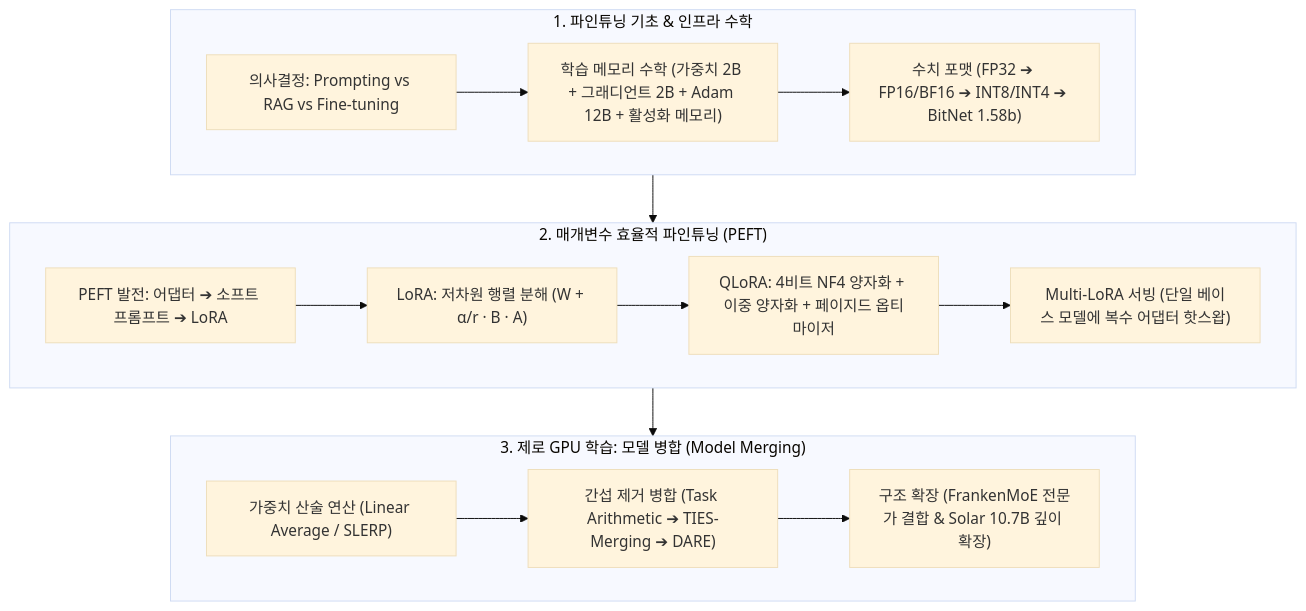
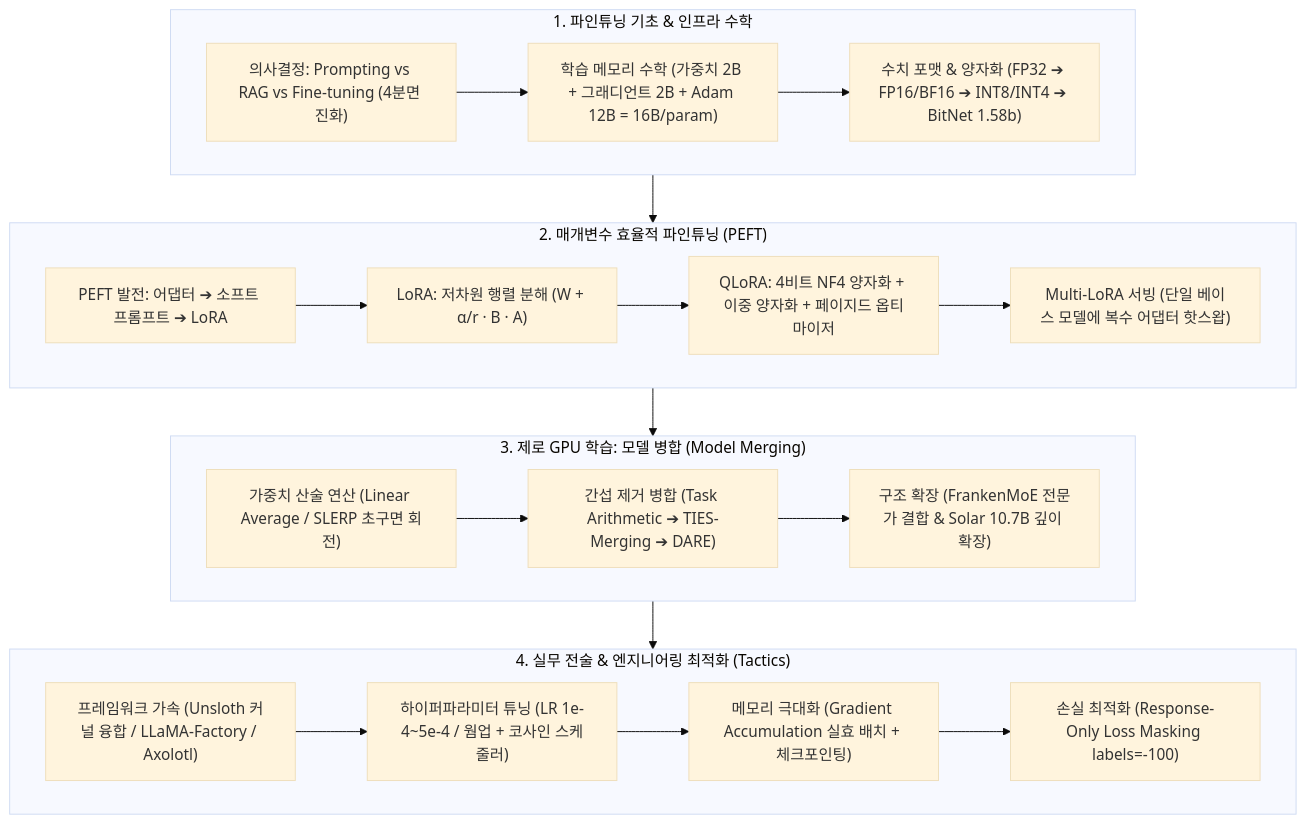
One commit to sing-u8/AI-Engineering changed the diagram in chapter-qa/ch07-fine-tuning-qa/00-ch07-overview.md. Above: the diagram before and after it, drawn with Mermaid (base theme). The commit also changed other lines of this file and 7 other files, not shown here.

````diff
--- a/chapter-qa/ch07-fine-tuning-qa/00-ch07-overview.md
+++ b/chapter-qa/ch07-fine-tuning-qa/00-ch07-overview.md
@@ -30,26 +31,34 @@
 ```mermaid
 flowchart TD
     subgraph PartA["1. 파인튜닝 기초 & 인프라 수학"]
-        Decide["의사결정: Prompting vs RAG vs Fine-tuning"]
-        MemMath["학습 메모리 수학 (가중치 2B + 그래디언트 2B + Adam 12B + 활성화 메모리)"]
-        Quant["수치 포맷 (FP32 ➔ FP16/BF16 ➔ INT8/INT4 ➔ BitNet 1.58b)"]
+        Decide["의사결정: Prompting vs RAG vs Fine-tuning (4분면 진화)"]
+        MemMath["학습 메모리 수학 (가중치 2B + 그래디언트 2B + Adam 12B = 16B/param)"]
+        Quant["수치 포맷 & 양자화 (FP32 ➔ FP16/BF16 ➔ INT8/INT4 ➔ BitNet 1.58b)"]
         Decide --> MemMath --> Quant
     end
 
     subgraph PartB["2. 매개변수 효율적 파인튜닝 (PEFT)"]
         PEFT["PEFT 발전: 어댑터 ➔ 소프트 프롬프트 ➔ LoRA"]
         LoRA["LoRA: 저차원 행렬 분해 (W + α/r · B · A)"]
         QLoRA["QLoRA: 4비트 NF4 양자화 + 이중 양자화 + 페이지드 옵티마이저"]
         Serving["Multi-LoRA 서빙 (단일 베이스 모델에 복수 어댑터 핫스왑)"]
         PEFT --> LoRA --> QLoRA --> Serving
     end
 
     subgraph PartC["3. 제로 GPU 학습: 모델 병합 (Model Merging)"]
-        Merge["가중치 산술 연산 (Linear Average / SLERP)"]
+        Merge["가중치 산술 연산 (Linear Average / SLERP 초구면 회전)"]
         TIES["간섭 제거 병합 (Task Arithmetic ➔ TIES-Merging ➔ DARE)"]
         Upscale["구조 확장 (FrankenMoE 전문가 결합 & Solar 10.7B 깊이 확장)"]
         Merge --> TIES --> Upscale
     end
 
-    PartA --> PartB --> PartC
+    subgraph PartD["4. 실무 전술 & 엔지니어링 최적화 (Tactics)"]
+        Frameworks["프레임워크 가속 (Unsloth 커널 융합 / LLaMA-Factory / Axolotl)"]
+        Hyper["하이퍼파라미터 튜닝 (LR 1e-4~5e-4 / 웜업 + 코사인 스케줄러)"]
+        MemoryOpt["메모리 극대화 (Gradient Accumulation 실효 배치 + 체크포인팅)"]
+        LossMask["손실 최적화 (Response-Only Loss Masking labels=-100)"]
+        Frameworks --> Hyper --> MemoryOpt --> LossMask
+    end
+
+    PartA --> PartB --> PartC --> PartD
 ```
````
